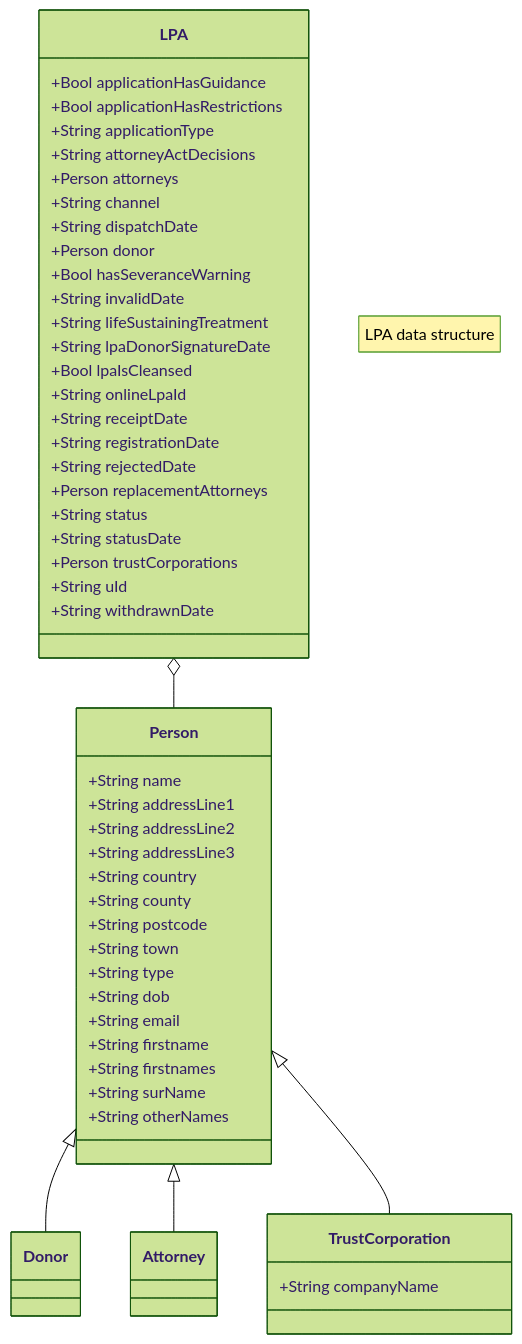
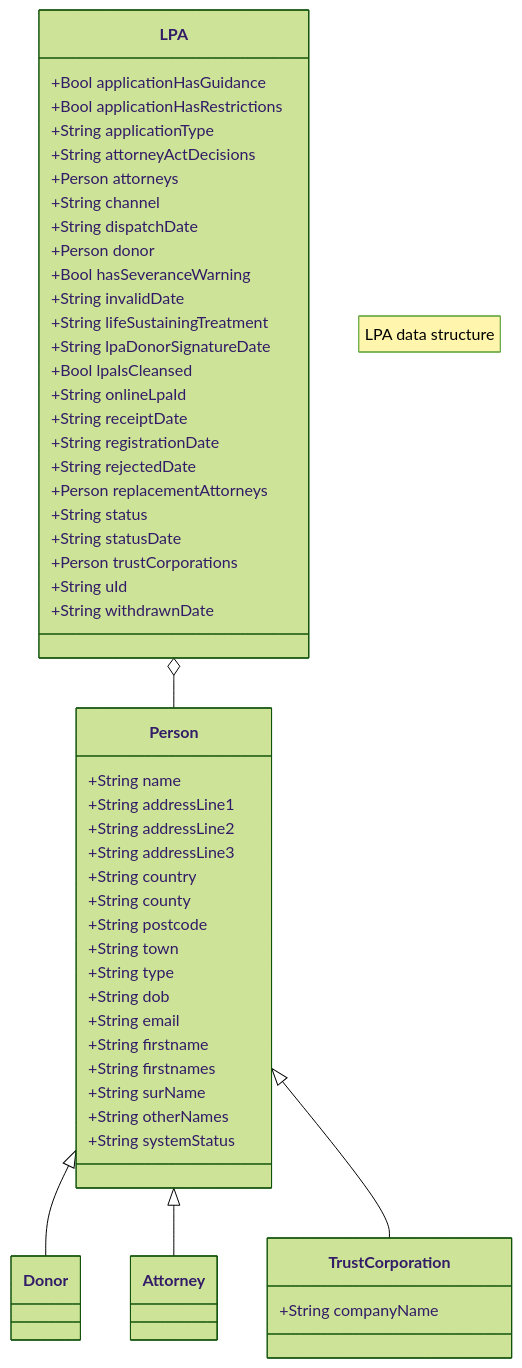
Before and after one commit to ministryofjustice/opg-use-an-lpa: the diagram in docs/architecture/decisions/0023-lpa-data-format.md, drawn with Mermaid (forest theme).

Commit message:
added systemStatus field

````diff
--- a/docs/architecture/decisions/0023-lpa-data-format.md
+++ b/docs/architecture/decisions/0023-lpa-data-format.md
@@ -107,58 +107,59 @@
 ```mermaid
 classDiagram
     note "LPA data structure"
     LPA o-- Person
     LPA : +Bool applicationHasGuidance
     LPA : +Bool applicationHasRestrictions
     LPA:  +String applicationType
     LPA : +String attorneyActDecisions
     LPA: +Person attorneys
     LPA : +String channel
     LPA : +String dispatchDate
     LPA: +Person donor
     LPA : +Bool hasSeveranceWarning
     LPA: +String invalidDate
     LPA: +String lifeSustainingTreatment
     LPA: +String lpaDonorSignatureDate
     LPA : +Bool lpaIsCleansed
     LPA: +String onlineLpaId
     LPA: +String receiptDate
     LPA: +String registrationDate
     LPA: +String rejectedDate
     LPA: +Person replacementAttorneys
     LPA: +String status
     LPA: +String statusDate
     LPA: +Person trustCorporations 
     LPA: +String uId
     LPA: +String withdrawnDate
     Person <|-- Donor
     Person <|-- Attorney
     Person <|-- TrustCorporation
     class LPA{
     }
     class Person{
         +String name
         +String addressLine1
         +String addressLine2
         +String addressLine3
         +String country
         +String county
         +String postcode
         +String town
         +String type
         +String dob
         +String email
         +String firstname
         +String firstnames
         +String surName
         +String otherNames
+        +String systemStatus
     }
     class Donor{
     }
     class Attorney{
     }
     class TrustCorporation{
         +String companyName
     }
 end
 ```
````
